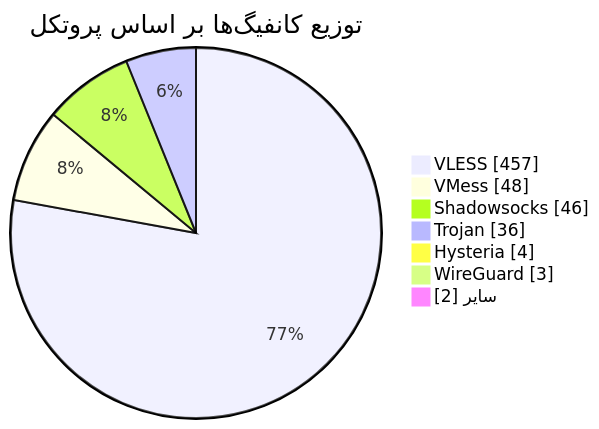
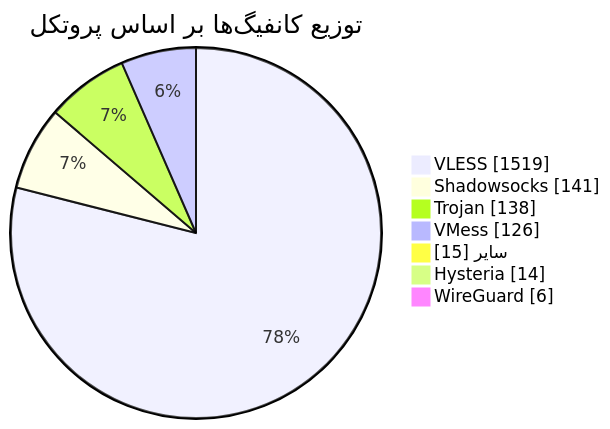
Before and after one commit to Arian-Alijani/Somthing: the diagram in README.md, drawn with Mermaid. The commit also changed other lines of this file and 21 other files, not shown here.

````diff
--- a/README.md
+++ b/README.md
@@ -49,11 +49,11 @@
 ```mermaid
 pie showData
     title توزیع کانفیگ‌ها بر اساس پروتکل
-    "VLESS" : 457
-    "VMess" : 48
-    "Shadowsocks" : 46
-    "Trojan" : 36
-    "Hysteria" : 4
-    "WireGuard" : 3
-    "سایر" : 2
+    "VLESS" : 1519
+    "Shadowsocks" : 141
+    "Trojan" : 138
+    "VMess" : 126
+    "سایر" : 15
+    "Hysteria" : 14
+    "WireGuard" : 6
 ```
````
